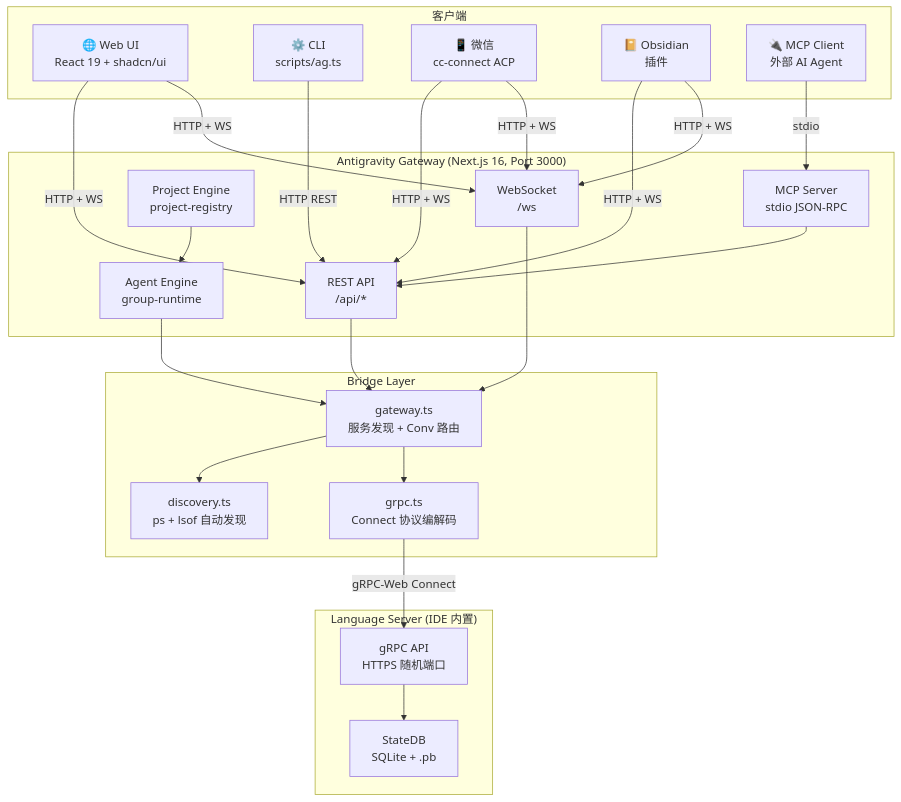
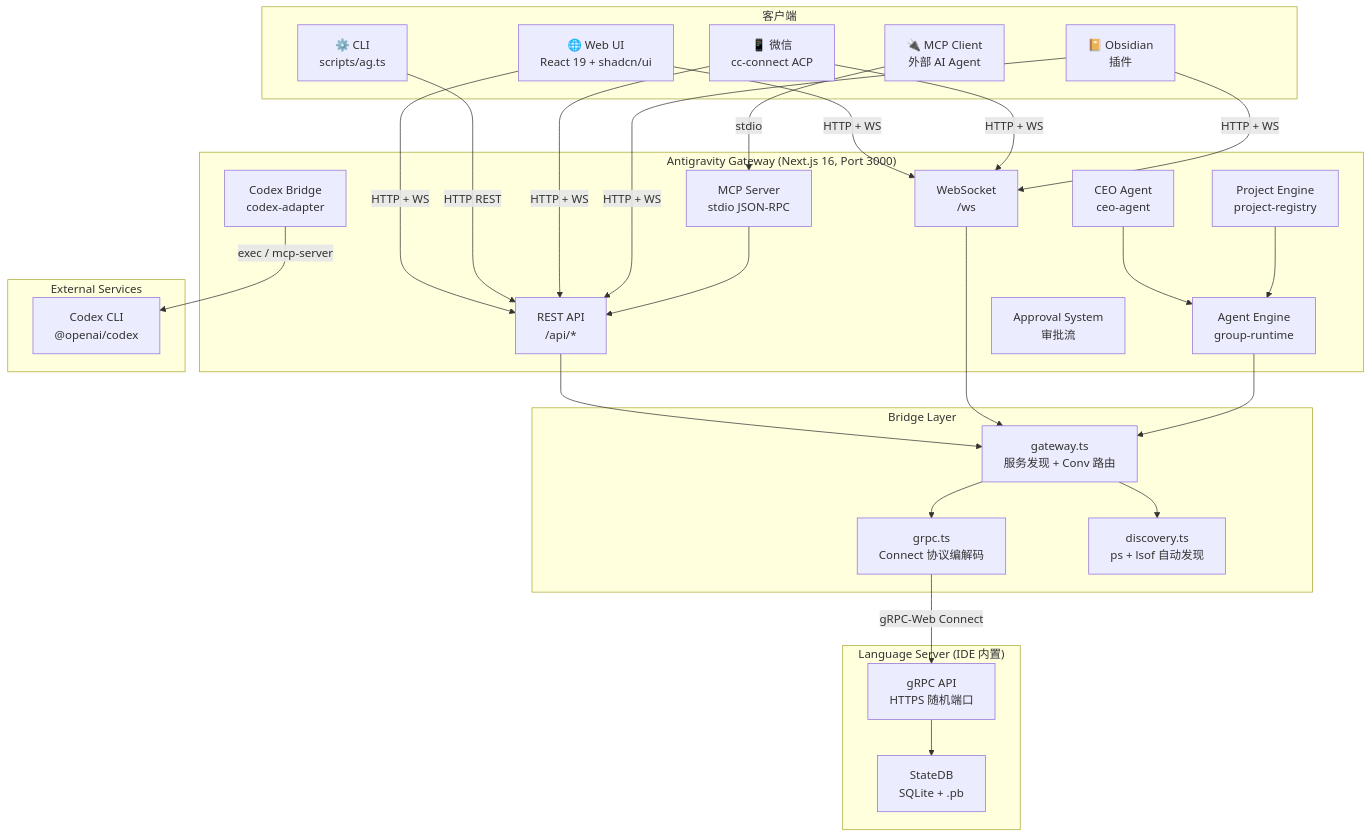
Before and after one commit to pikapikaspeedup/OPC_CEO: the first of 20 diagrams in ARCHITECTURE.md, drawn with Mermaid. The commit also changed other lines of this file and 517 other files, not shown here.

````diff
--- a/ARCHITECTURE.md
+++ b/ARCHITECTURE.md
@@ -9,46 +9,55 @@
 ```mermaid
 graph TB
     subgraph Clients["客户端"]
         WebUI["🌐 Web UI<br/>React 19 + shadcn/ui"]
         CLI["⚙️ CLI<br/>scripts/ag.ts"]
         WeChat["📱 微信<br/>cc-connect ACP"]
         Obsidian["📔 Obsidian<br/>插件"]
         MCP["🔌 MCP Client<br/>外部 AI Agent"]
     end
 
     subgraph Gateway["Antigravity Gateway (Next.js 16, Port 3000)"]
         REST["REST API<br/>/api/*"]
         WS["WebSocket<br/>/ws"]
         AgentEngine["Agent Engine<br/>group-runtime"]
         ProjectEngine["Project Engine<br/>project-registry"]
         MCPServer["MCP Server<br/>stdio JSON-RPC"]
+        CodexBridge["Codex Bridge<br/>codex-adapter"]
+        CEOAgent["CEO Agent<br/>ceo-agent"]
+        ApprovalSys["Approval System<br/>审批流"]
     end
 
     subgraph Bridge["Bridge Layer"]
         GW["gateway.ts<br/>服务发现 + Conv 路由"]
         GRPC["grpc.ts<br/>Connect 协议编解码"]
         Discovery["discovery.ts<br/>ps + lsof 自动发现"]
+    end
+
+    subgraph External["External Services"]
+        CodexCLI["Codex CLI<br/>@openai/codex"]
     end
 
     subgraph LS["Language Server (IDE 内置)"]
         GRPC_API["gRPC API<br/>HTTPS 随机端口"]
         StateDB["StateDB<br/>SQLite + .pb"]
     end
 
     WebUI -->|HTTP + WS| REST & WS
     CLI -->|HTTP REST| REST
     WeChat -->|HTTP + WS| REST & WS
     Obsidian -->|HTTP + WS| REST & WS
     MCP -->|stdio| MCPServer
 
     REST --> GW
     WS --> GW
+    CodexBridge -->|"exec / mcp-server"| CodexCLI
+    CEOAgent --> AgentEngine
     AgentEngine --> GW
     ProjectEngine --> AgentEngine
     MCPServer --> REST
 
     GW --> Discovery
     GW --> GRPC
     GRPC -->|gRPC-Web Connect| GRPC_API
     GRPC_API --> StateDB
 ```
````
